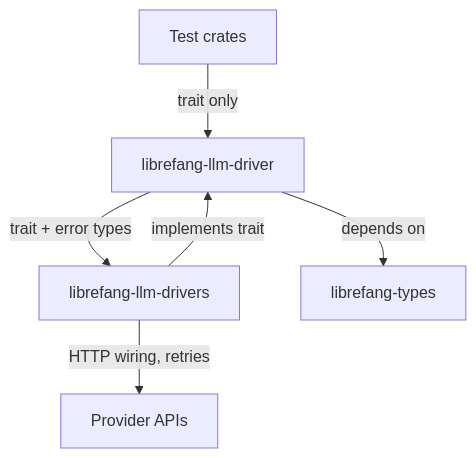
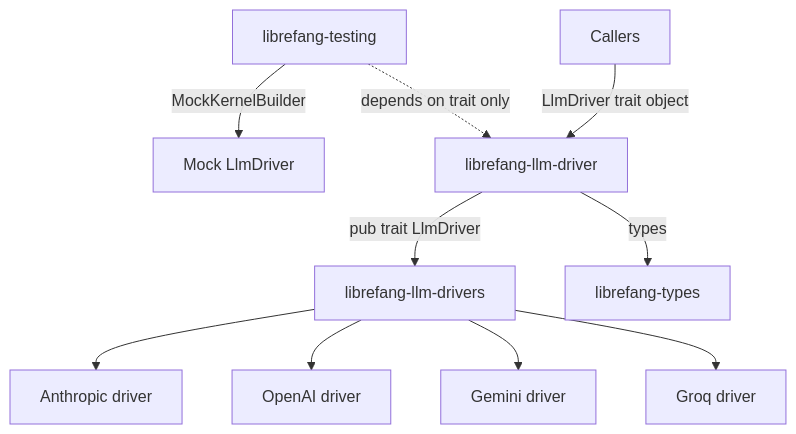
Before and after one commit to leszek3737/librefang-WIki: the diagram in other-librefang-llm-driver.md, drawn with Mermaid. The commit also changed other lines of this file and 126 other files, not shown here.

````diff
--- a/other-librefang-llm-driver.md
+++ b/other-librefang-llm-driver.md
@@ -11,8 +9,12 @@
 ```mermaid
 graph TD
-    A[librefang-llm-driver] -->|trait + error types| B[librefang-llm-drivers]
-    A -->|depends on| C[librefang-types]
-    B -->|implements trait| A
-    B -->|HTTP wiring, retries| D[Provider APIs]
-    E[Test crates] -->|trait only| A
+    A[librefang-llm-driver] -->|pub trait LlmDriver| B[librefang-llm-drivers]
+    B --> B1[Anthropic driver]
+    B --> B2[OpenAI driver]
+    B --> B3[Gemini driver]
+    B --> B4[Groq driver]
+    A -->|types| C[librefang-types]
+    D[librefang-testing] -->|MockKernelBuilder| E[Mock LlmDriver]
+    D -.->|depends on trait only| A
+    F[Callers] -->|LlmDriver trait object| A
 ```
````
